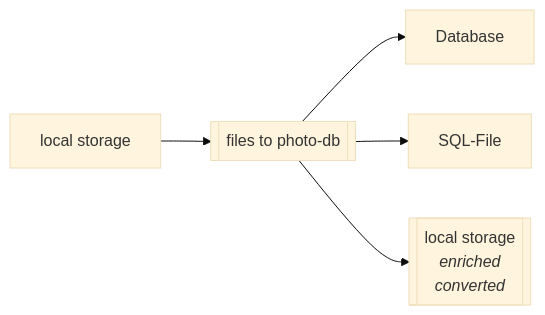
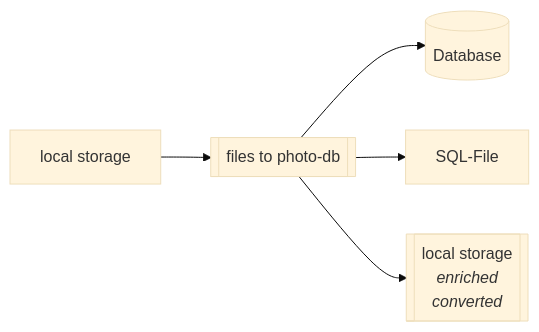
The sixth of 7 diagrams in README.md (Zheng-Bote/qt_files_photo-gallery), drawn with Mermaid (base theme) before and after one commit. The commit also changed other lines of this file, not shown here.

Commit message:
upd: Mermaid

````diff
--- a/README.md
+++ b/README.md
@@ -432,9 +439,9 @@
 ```mermaid
 flowchart LR;
   A[local storage] --> B[[files to photo-db]]
-  B --> C[Database]
+  B --> C[(Database)]
   B --> D[SQL-File]
   B --> S[["`local storage
   _enriched_
   _converted_`"]]
 ```
````
